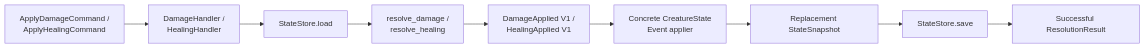
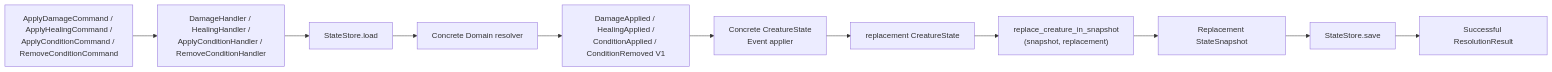
The third of 4 diagrams in AI_DND_DATA_FLOW_CURRENT.md (redbull101020/ai-dnd-master), drawn with Mermaid before and after one commit. The commit also changed other lines of this file and 11 other files, not shown here.

Commit message:
G6C: extract creature snapshot replacement

````diff
--- a/AI_DND_DATA_FLOW_CURRENT.md
+++ b/AI_DND_DATA_FLOW_CURRENT.md
@@ -600,21 +615,25 @@
 ```mermaid
 flowchart LR
-    C["ApplyDamageCommand /<br/>ApplyHealingCommand"]
-    H["DamageHandler /<br/>HealingHandler"]
+    C["ApplyDamageCommand / ApplyHealingCommand /<br/>ApplyConditionCommand / RemoveConditionCommand"]
+    H["DamageHandler / HealingHandler /<br/>ApplyConditionHandler / RemoveConditionHandler"]
     S["StateStore.load"]
-    R["resolve_damage /<br/>resolve_healing"]
-    E["DamageApplied V1 /<br/>HealingApplied V1"]
+    R["Concrete Domain resolver"]
+    E["DamageApplied / HealingApplied /<br/>ConditionApplied / ConditionRemoved V1"]
     P["Concrete CreatureState<br/>Event applier"]
+    RP["replacement CreatureState"]
+    SH["replace_creature_in_snapshot<br/>(snapshot, replacement)"]
     RS["Replacement StateSnapshot"]
     SS["StateStore.save"]
     RR["Successful ResolutionResult"]
 
     C --> H
     H --> S
     S --> R
     R --> E
     E --> P
-    P --> RS
+    P --> RP
+    RP --> SH
+    SH --> RS
     RS --> SS
     SS --> RR
 ```
````
